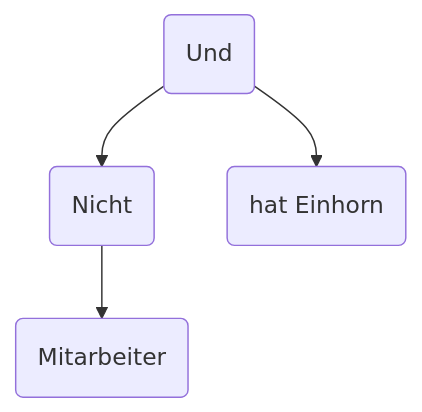
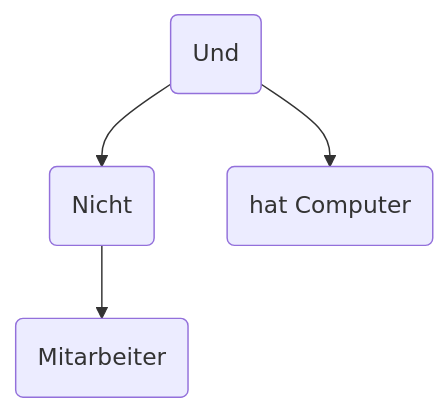
The first of 2 diagrams in docs/1. Einführung/02_eine_erste_regel.md (educorvi/rita_einfuehrung), drawn with Mermaid before and after one commit. The commit also changed other lines of this file and 1 other file, not shown here.

Commit message:
Verbleibende Einhörner durch Computer ersetzt

````diff
--- a/docs/1. Einführung/02_eine_erste_regel.md
+++ b/docs/1. Einführung/02_eine_erste_regel.md
@@ -10,7 +10,7 @@
 ```mermaid
 graph
 
 u(Und) --> n(Nicht)
-u --> e(hat Einhorn)
+u --> e(hat Computer)
 n --> m(Mitarbeiter)
 ```
````
